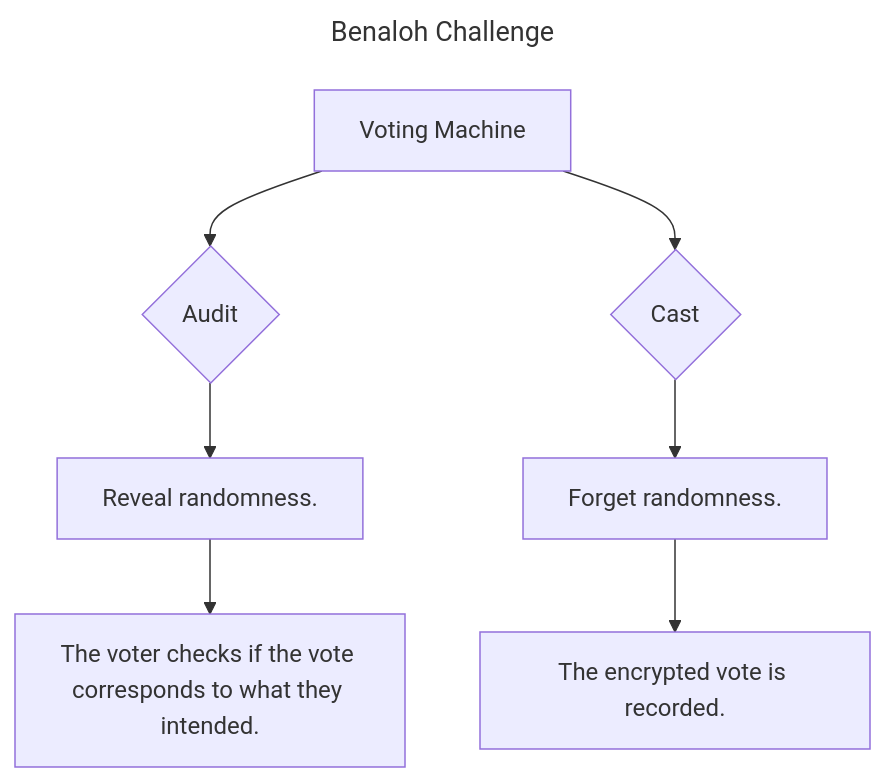
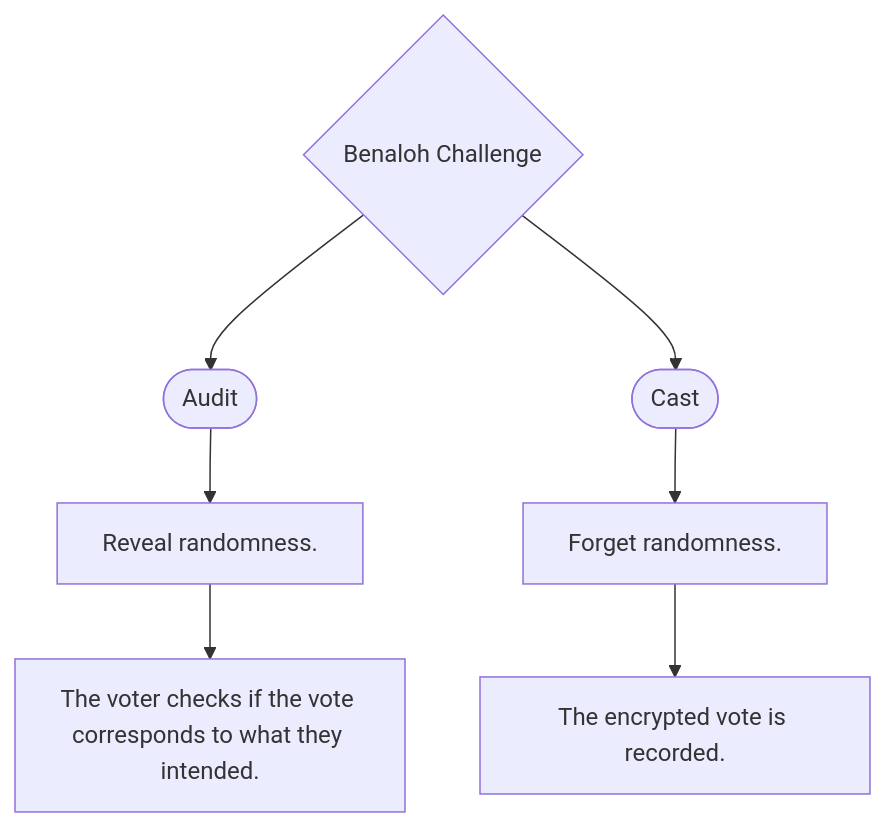
The diagram in content/posts/automatic_audit_through_benaloh_challenge.md (mjal/maxime.lalis.se), drawn with Mermaid before and after one commit.

Commit message:
Update article about benaloh challenge

````diff
--- a/content/posts/automatic_audit_through_benaloh_challenge.md
+++ b/content/posts/automatic_audit_through_benaloh_challenge.md
@@ -12,14 +12,11 @@
 ```mermaid
----
-title: Benaloh Challenge
----
 flowchart TD
-    VM[Voting Machine] --> E1{Audit} --> Audit["`
+    VM{Benaloh Challenge} --> E1([Audit]) --> Audit["`
         Reveal randomness.
     `"]
     Audit --> Audit2[The voter checks if the vote corresponds to what they intended.]
-    VM --> E2{Cast} --> Cast["`
+    VM --> E2([Cast]) --> Cast["`
         Forget randomness.
     `"]
     Cast --> Cast2[The encrypted vote is recorded.]
 ```
````
